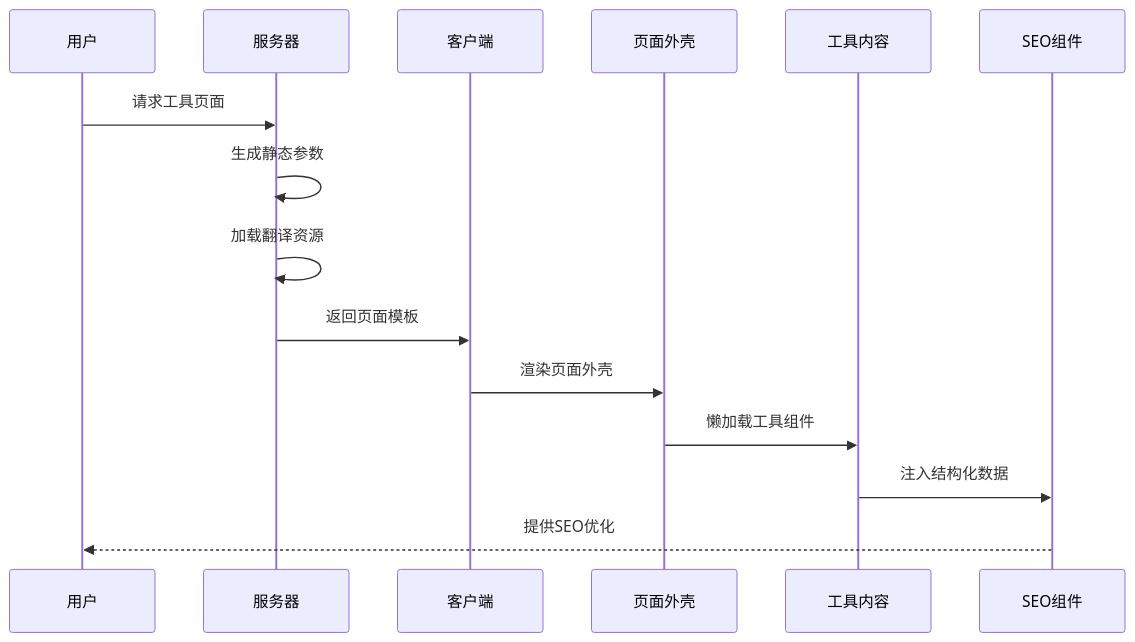
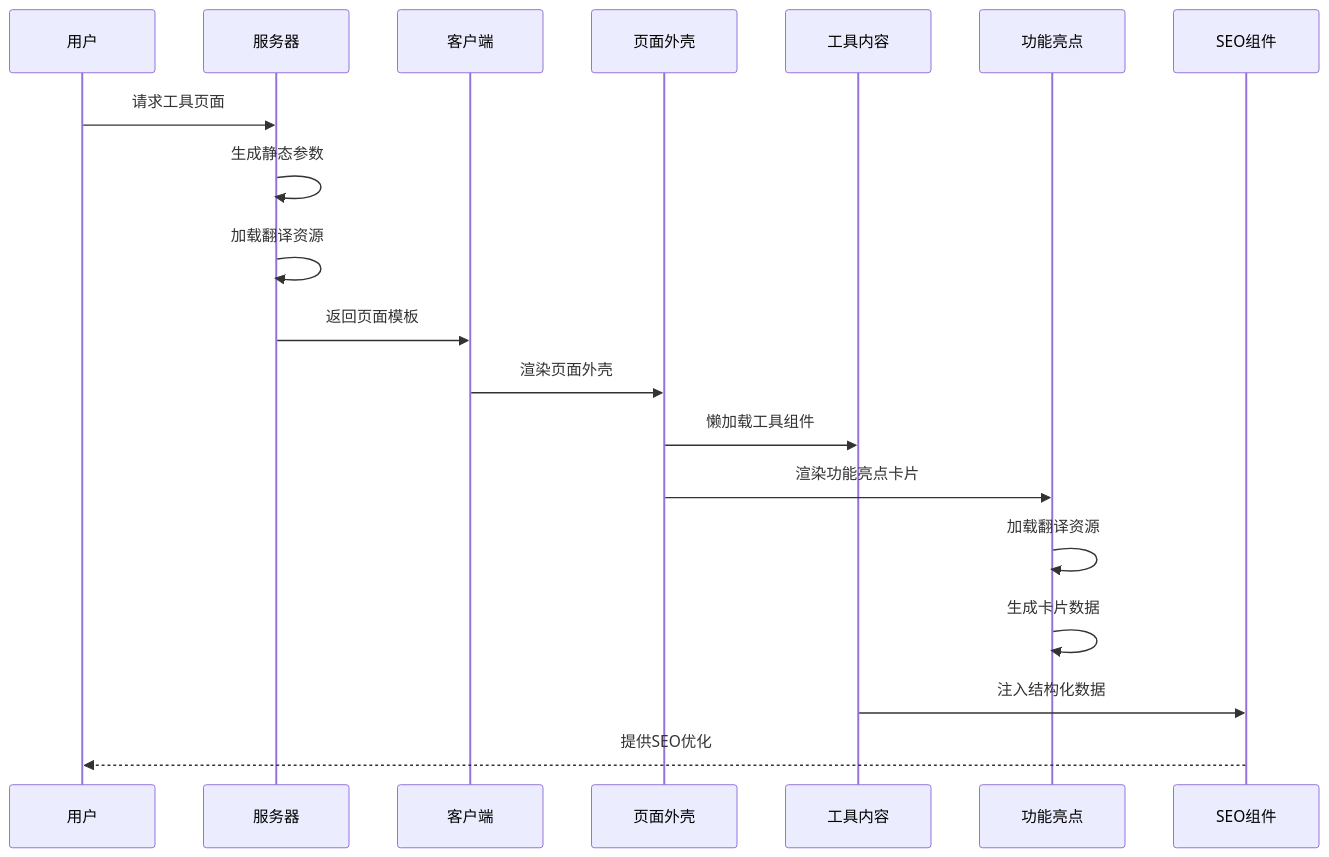
One commit to sgyy/privadeck changed the second of 10 diagrams in .qoder/repowiki/zh/content/组件系统/工具页面组件.md. Above: the diagram before and after it, drawn with Mermaid. The commit also changed other lines of this file and 4 other files, not shown here.

````diff
--- a/.qoder/repowiki/zh/content/组件系统/工具页面组件.md
+++ b/.qoder/repowiki/zh/content/组件系统/工具页面组件.md
@@ -118,17 +167,21 @@
 ```mermaid
 sequenceDiagram
 participant User as 用户
 participant Server as 服务器
 participant Client as 客户端
 participant Shell as 页面外壳
 participant Content as 工具内容
+participant FeatureCards as 功能亮点
 participant SEO as SEO组件
 User->>Server : 请求工具页面
 Server->>Server : 生成静态参数
 Server->>Server : 加载翻译资源
 Server->>Client : 返回页面模板
 Client->>Shell : 渲染页面外壳
 Shell->>Content : 懒加载工具组件
+Shell->>FeatureCards : 渲染功能亮点卡片
+FeatureCards->>FeatureCards : 加载翻译资源
+FeatureCards->>FeatureCards : 生成卡片数据
 Content->>SEO : 注入结构化数据
 SEO-->>User : 提供SEO优化
 ```
````
